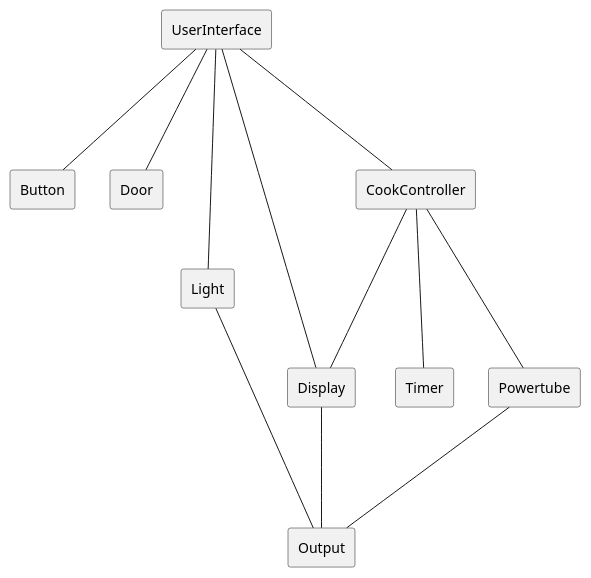
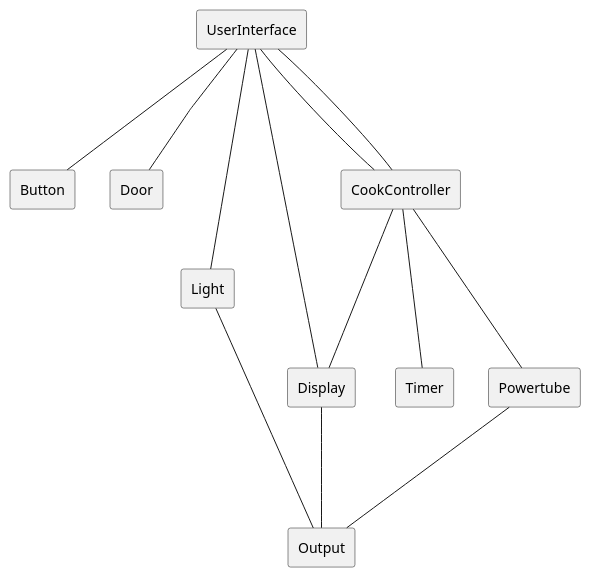
Before and after one commit to Yoda92/MicrowaveUnitTestedSolution: the diagram in dt.puml, drawn with PlantUML. The commit also changed 2 other files, not shown here.

```diff
--- a/dt.puml
+++ b/dt.puml
@@ -1,55 +1,58 @@
 @startuml
 
 hide circle
 skinparam classAttributeIconSize 0
+skinparam linetype polyline
 
 rectangle "Button" {
 }
 
 rectangle "Door" {
 }
 
 rectangle "UserInterface" {
 }
 
 rectangle "Light" {
 }
 
 rectangle "Display" {
 }
 
 rectangle "CookController" {
 }
 
 rectangle "Timer" {
 }
 
 rectangle "Output" {
 }
 
 rectangle "Powertube" {
 }
 
 Display --- Output
 
 Light --- Output
 
 Powertube --- Output
 
 CookController --- Display
 
 CookController --- Powertube
 
 CookController --- Timer
 
 UserInterface --- CookController
 
+CookController --- UserInterface
+
 UserInterface --- Button
 
 UserInterface --- Door
 
 UserInterface --- Light
 
 UserInterface --- Display
 
 @enduml
```
